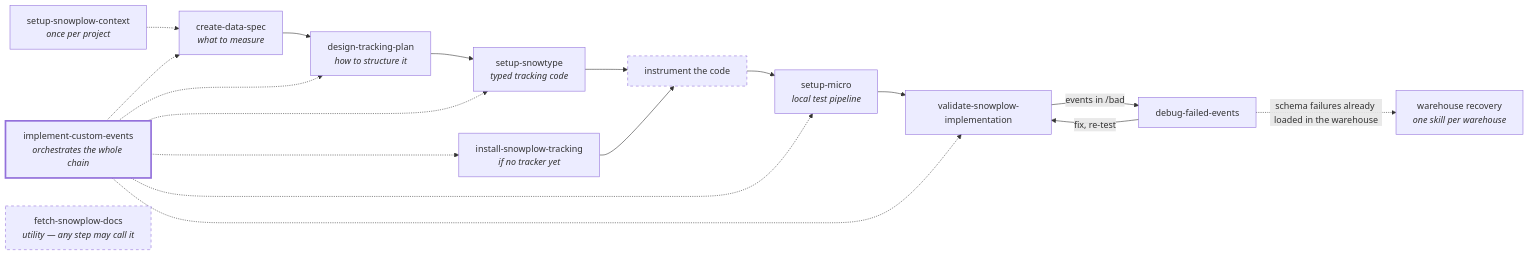
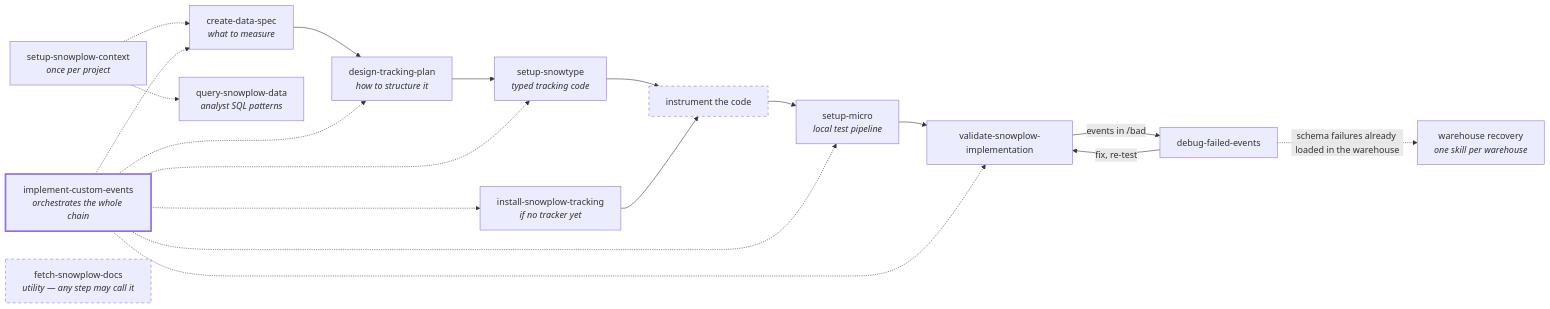
The diagram in README.md (edwin-snowplow/snowplow-agent-skills), drawn with Mermaid before and after one commit. The commit also changed other lines of this file and 15 other files, not shown here.

First line of the commit message:
feat(query-snowplow-data): analyst SQL patterns skill for Snowflake, BigQuery, Databricks and Redshift (#52)

````diff
--- a/README.md
+++ b/README.md
@@ -92,18 +93,19 @@
 ```mermaid
 flowchart LR
     ctx["setup-snowplow-context<br/><i>once per project</i>"] -.-> spec
+    ctx -.-> query["query-snowplow-data<br/><i>analyst SQL patterns</i>"]
     spec["create-data-spec<br/><i>what to measure</i>"] --> design["design-tracking-plan<br/><i>how to structure it</i>"]
     design --> snowtype["setup-snowtype<br/><i>typed tracking code</i>"] --> inst["instrument the code"]
     install["install-snowplow-tracking<br/><i>if no tracker yet</i>"] --> inst
     inst --> micro["setup-micro<br/><i>local test pipeline</i>"] --> validate["validate-snowplow-implementation"]
     validate -->|events in /bad| debug["debug-failed-events"]
     debug -->|fix, re-test| validate
     debug -.->|schema failures already loaded in the warehouse| recover["warehouse recovery<br/><i>one skill per warehouse</i>"]
     e2e["implement-custom-events<br/><i>orchestrates the whole chain</i>"] -.-> spec & design & install & snowtype & micro & validate
     docs["fetch-snowplow-docs<br/><i>utility — any step may call it</i>"]
 
     classDef orchestrator stroke-width:3px
     classDef notskill stroke-dasharray: 5 5
     class e2e orchestrator
     class inst,docs notskill
 ```
````
